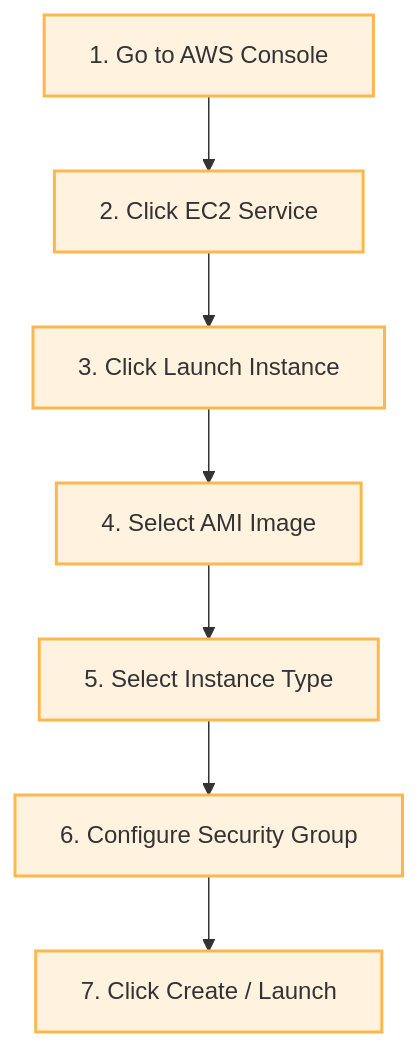
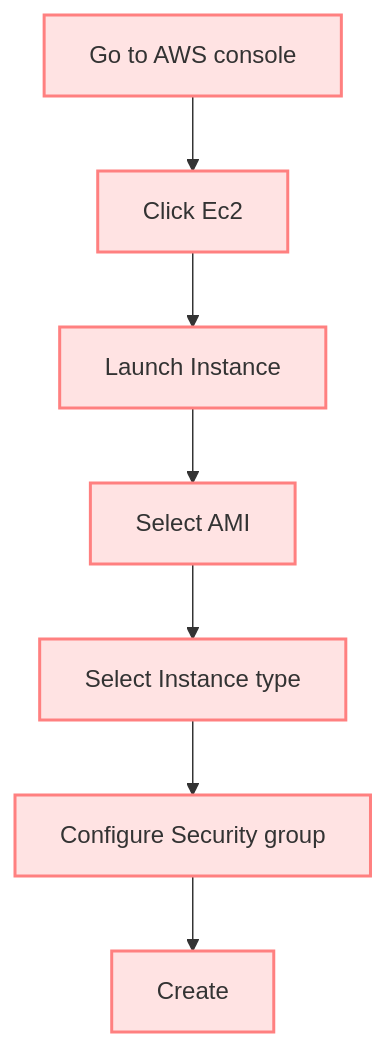
One commit to Attrivishal/ZERO-TO-INFRA changed the diagram in docs/work-summary.md. Above: the diagram before and after it, drawn with Mermaid. The commit also changed other lines of this file and 1 other file, not shown here.

````diff
--- a/docs/work-summary.md
+++ b/docs/work-summary.md
@@ -41,10 +53,10 @@
 ```mermaid
 graph TD
-    classDef step fill:#fff3e0,stroke:#ffb74d,stroke-width:2px;
-    A[1. Go to AWS Console]:::step --> B[2. Click EC2 Service]:::step
-    B --> C[3. Click Launch Instance]:::step
-    C --> D[4. Select AMI Image]:::step
-    D --> E[5. Select Instance Type]:::step
-    E --> F[6. Configure Security Group]:::step
-    F --> G[7. Click Create / Launch]:::step
+    classDef manual fill:#ffe3e3,stroke:#ff8080,stroke-width:2px;
+    A[Go to AWS console]:::manual --> B[Click Ec2]:::manual
+    B --> C[Launch Instance]:::manual
+    C --> D[Select AMI]:::manual
+    D --> E[Select Instance type]:::manual
+    E --> F[Configure Security group]:::manual
+    F --> G[Create]:::manual
 ```
````
